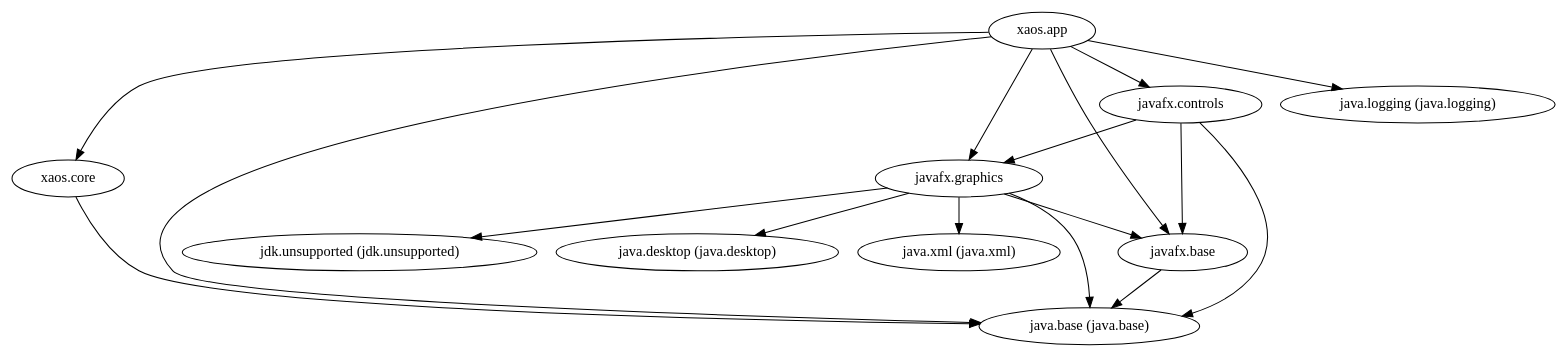
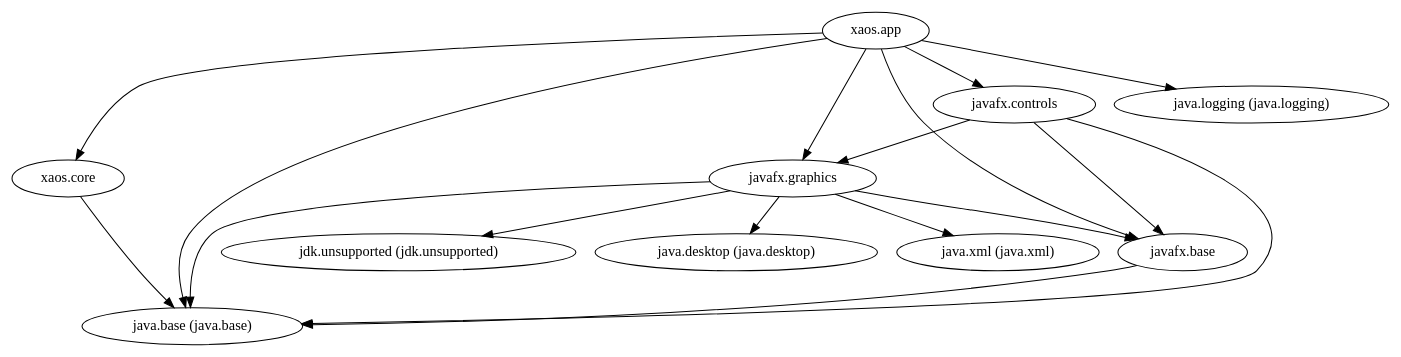
One commit to ESSICS/XAOS changed the diagram in xaos.app.module/doc/module-dependencies.dot. Above: the diagram before and after it, drawn with Graphviz. The commit also changed other lines of this file and 31 other files, not shown here.

```diff
--- a/xaos.app.module/doc/module-dependencies.dot
+++ b/xaos.app.module/doc/module-dependencies.dot
@@ -1,18 +1,18 @@
 digraph "summary" {
+  "xaos.core"                                        -> "java.base (java.base)";
   "javafx.graphics"                                  -> "java.base (java.base)";
   "javafx.graphics"                                  -> "java.desktop (java.desktop)";
   "javafx.graphics"                                  -> "java.xml (java.xml)";
   "javafx.graphics"                                  -> "javafx.base";
   "javafx.graphics"                                  -> "jdk.unsupported (jdk.unsupported)";
-  "xaos.core"                                        -> "java.base (java.base)";
-  "javafx.base"                                      -> "java.base (java.base)";
   "javafx.controls"                                  -> "java.base (java.base)";
   "javafx.controls"                                  -> "javafx.base";
   "javafx.controls"                                  -> "javafx.graphics";
+  "javafx.base"                                      -> "java.base (java.base)";
   "xaos.app"                                         -> "java.base (java.base)";
   "xaos.app"                                         -> "java.logging (java.logging)";
   "xaos.app"                                         -> "javafx.base";
   "xaos.app"                                         -> "javafx.controls";
   "xaos.app"                                         -> "javafx.graphics";
   "xaos.app"                                         -> "xaos.core";
 }
```
